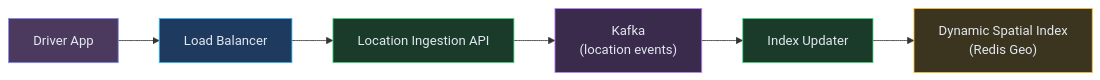
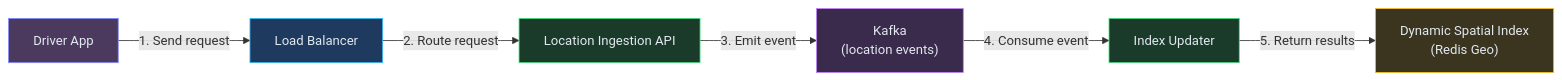
The third of 6 diagrams in content/hld/NearbyService.md (iluzn/HLD-Designs), drawn with Mermaid before and after one commit. The commit also changed other lines of this file and 27 other files, not shown here.

````diff
--- a/content/hld/NearbyService.md
+++ b/content/hld/NearbyService.md
@@ -194,21 +194,21 @@
 ```mermaid
 flowchart LR
     DRIVER["Driver App"]:::client
     LB["Load Balancer"]:::edge
     LOCAPI["Location Ingestion API"]:::service
     KAFKA["Kafka<br/>(location events)"]:::async
     UPDATER["Index Updater"]:::service
     GEODYN["Dynamic Spatial Index<br/>(Redis Geo)"]:::data
 
-    DRIVER --> LB
-    LB --> LOCAPI
-    LOCAPI --> KAFKA
-    KAFKA --> UPDATER
-    UPDATER --> GEODYN
+    DRIVER -->|"1. Send request"| LB
+    LB -->|"2. Route request"| LOCAPI
+    LOCAPI -->|"3. Emit event"| KAFKA
+    KAFKA -->|"4. Consume event"| UPDATER
+    UPDATER -->|"5. Return results"| GEODYN
 
     classDef client fill:#4c3a5e,stroke:#818cf8,color:#e2e8f0
     classDef edge fill:#1e3a5f,stroke:#38bdf8,color:#e2e8f0
     classDef service fill:#1a3a2a,stroke:#4ade80,color:#e2e8f0
     classDef data fill:#3b3520,stroke:#fbbf24,color:#e2e8f0
     classDef async fill:#3a2a4c,stroke:#c084fc,color:#e2e8f0
 ```
````
